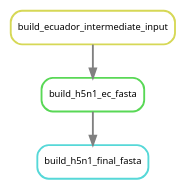
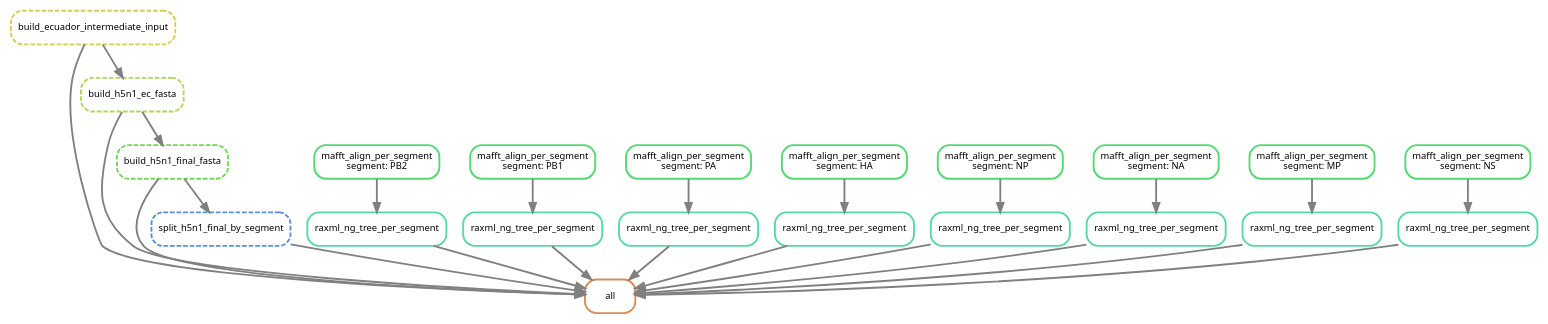
Before and after one commit to Sebysemily/Flu: the diagram in analysis/pipeline_dag.dot, drawn with Graphviz. The commit also changed 32 other files, not shown here.

Commit message:
actualizado README y pipeline graphs hasta ml por region

```diff
--- a/analysis/pipeline_dag.dot
+++ b/analysis/pipeline_dag.dot
@@ -1,10 +1,49 @@
 digraph snakemake_dag {
     graph[bgcolor=white, margin=0];
     node[shape=box, style=rounded, fontname=sans,                 fontsize=10, penwidth=2];
     edge[penwidth=2, color=grey];
-	0[label = "build_h5n1_final_fasta", color = "0.50 0.6 0.85", style="rounded"];
-	1[label = "build_h5n1_ec_fasta", color = "0.33 0.6 0.85", style="rounded"];
-	2[label = "build_ecuador_intermediate_input", color = "0.17 0.6 0.85", style="rounded"];
+	0[label = "all", color = "0.07 0.6 0.85", style="rounded"];
+	1[label = "build_ecuador_intermediate_input", color = "0.15 0.6 0.85", style="rounded,dashed"];
+	2[label = "build_h5n1_ec_fasta", color = "0.22 0.6 0.85", style="rounded,dashed"];
+	3[label = "build_h5n1_final_fasta", color = "0.30 0.6 0.85", style="rounded,dashed"];
+	4[label = "split_h5n1_final_by_segment", color = "0.59 0.6 0.85", style="rounded,dashed"];
+	5[label = "raxml_ng_tree_per_segment", color = "0.44 0.6 0.85", style="rounded"];
+	6[label = "mafft_align_per_segment\nsegment: PB2", color = "0.37 0.6 0.85", style="rounded"];
+	7[label = "raxml_ng_tree_per_segment", color = "0.44 0.6 0.85", style="rounded"];
+	8[label = "mafft_align_per_segment\nsegment: PB1", color = "0.37 0.6 0.85", style="rounded"];
+	9[label = "raxml_ng_tree_per_segment", color = "0.44 0.6 0.85", style="rounded"];
+	10[label = "mafft_align_per_segment\nsegment: PA", color = "0.37 0.6 0.85", style="rounded"];
+	11[label = "raxml_ng_tree_per_segment", color = "0.44 0.6 0.85", style="rounded"];
+	12[label = "mafft_align_per_segment\nsegment: HA", color = "0.37 0.6 0.85", style="rounded"];
+	13[label = "raxml_ng_tree_per_segment", color = "0.44 0.6 0.85", style="rounded"];
+	14[label = "mafft_align_per_segment\nsegment: NP", color = "0.37 0.6 0.85", style="rounded"];
+	15[label = "raxml_ng_tree_per_segment", color = "0.44 0.6 0.85", style="rounded"];
+	16[label = "mafft_align_per_segment\nsegment: NA", color = "0.37 0.6 0.85", style="rounded"];
+	17[label = "raxml_ng_tree_per_segment", color = "0.44 0.6 0.85", style="rounded"];
+	18[label = "mafft_align_per_segment\nsegment: MP", color = "0.37 0.6 0.85", style="rounded"];
+	19[label = "raxml_ng_tree_per_segment", color = "0.44 0.6 0.85", style="rounded"];
+	20[label = "mafft_align_per_segment\nsegment: NS", color = "0.37 0.6 0.85", style="rounded"];
 	1 -> 0
-	2 -> 1
+	2 -> 0
+	3 -> 0
+	4 -> 0
+	5 -> 0
+	7 -> 0
+	9 -> 0
+	11 -> 0
+	13 -> 0
+	15 -> 0
+	17 -> 0
+	19 -> 0
+	1 -> 2
+	2 -> 3
+	3 -> 4
+	6 -> 5
+	8 -> 7
+	10 -> 9
+	12 -> 11
+	14 -> 13
+	16 -> 15
+	18 -> 17
+	20 -> 19
 }            
```
